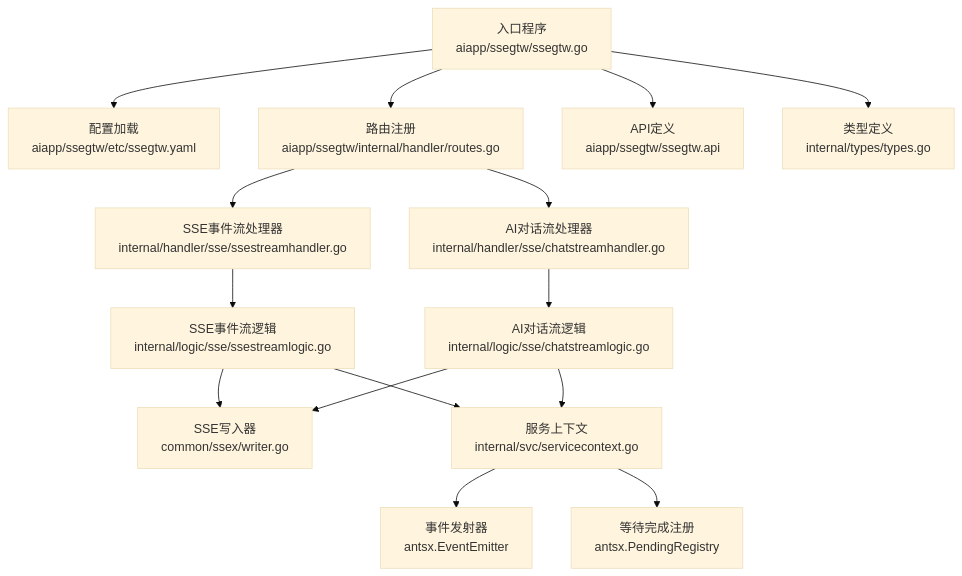
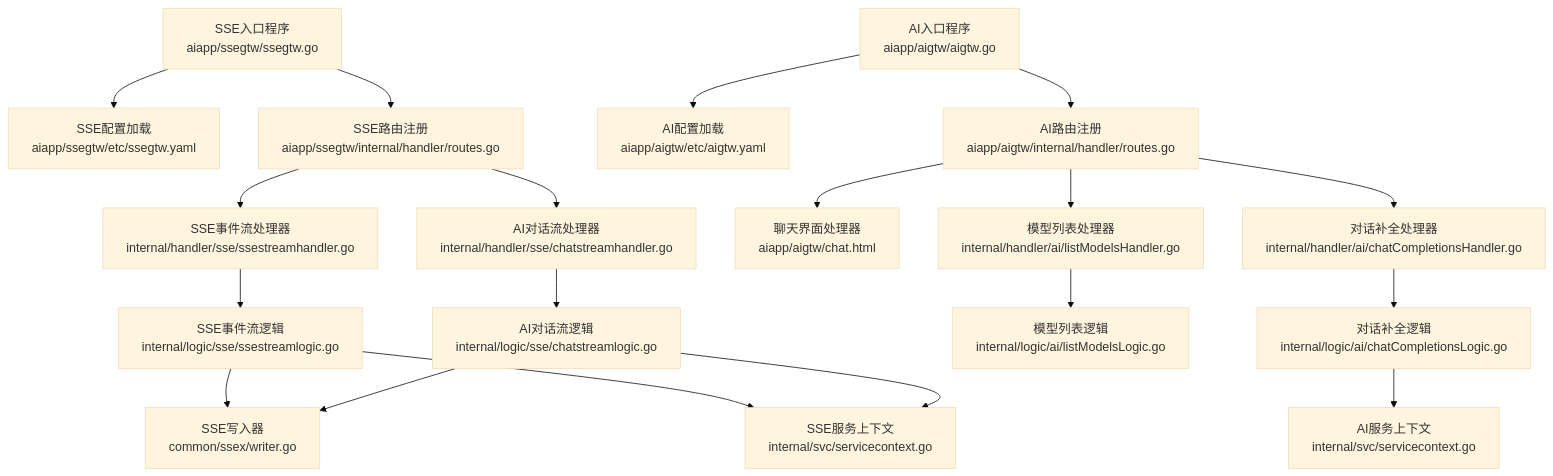
The first of 6 diagrams in .qoder/repowiki/zh/content/AI应用模块/SSE网关服务/SSE网关服务.md (maomao94/zero-service), drawn with Mermaid (base theme) before and after one commit. The commit also changed other lines of this file and 2 other files, not shown here.

````diff
--- a/.qoder/repowiki/zh/content/AI应用模块/SSE网关服务/SSE网关服务.md
+++ b/.qoder/repowiki/zh/content/AI应用模块/SSE网关服务/SSE网关服务.md
@@ -48,17 +63,21 @@
 ```mermaid
 graph TB
-A["入口程序<br/>aiapp/ssegtw/ssegtw.go"] --> B["配置加载<br/>aiapp/ssegtw/etc/ssegtw.yaml"]
-A --> C["路由注册<br/>aiapp/ssegtw/internal/handler/routes.go"]
+A["SSE入口程序<br/>aiapp/ssegtw/ssegtw.go"] --> B["SSE配置加载<br/>aiapp/ssegtw/etc/ssegtw.yaml"]
+A --> C["SSE路由注册<br/>aiapp/ssegtw/internal/handler/routes.go"]
 C --> D["SSE事件流处理器<br/>internal/handler/sse/ssestreamhandler.go"]
 C --> E["AI对话流处理器<br/>internal/handler/sse/chatstreamhandler.go"]
 D --> F["SSE事件流逻辑<br/>internal/logic/sse/ssestreamlogic.go"]
 E --> G["AI对话流逻辑<br/>internal/logic/sse/chatstreamlogic.go"]
 F --> H["SSE写入器<br/>common/ssex/writer.go"]
 G --> H
-F --> I["服务上下文<br/>internal/svc/servicecontext.go"]
+F --> I["SSE服务上下文<br/>internal/svc/servicecontext.go"]
 G --> I
-I --> J["事件发射器<br/>antsx.EventEmitter"]
-I --> K["等待完成注册<br/>antsx.PendingRegistry"]
-A --> L["API定义<br/>aiapp/ssegtw/ssegtw.api"]
-A --> M["类型定义<br/>internal/types/types.go"]
+J["AI入口程序<br/>aiapp/aigtw/aigtw.go"] --> K["AI配置加载<br/>aiapp/aigtw/etc/aigtw.yaml"]
+J --> L["AI路由注册<br/>aiapp/aigtw/internal/handler/routes.go"]
+L --> M["聊天界面处理器<br/>aiapp/aigtw/chat.html"]
+L --> N["模型列表处理器<br/>internal/handler/ai/listModelsHandler.go"]
+L --> O["对话补全处理器<br/>internal/handler/ai/chatCompletionsHandler.go"]
+N --> P["模型列表逻辑<br/>internal/logic/ai/listModelsLogic.go"]
+O --> Q["对话补全逻辑<br/>internal/logic/ai/chatCompletionsLogic.go"]
+Q --> R["AI服务上下文<br/>internal/svc/servicecontext.go"]
 ```
````
